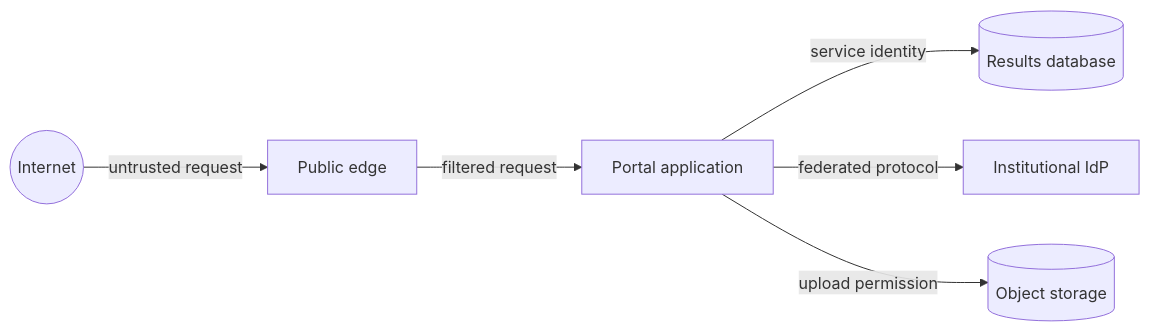
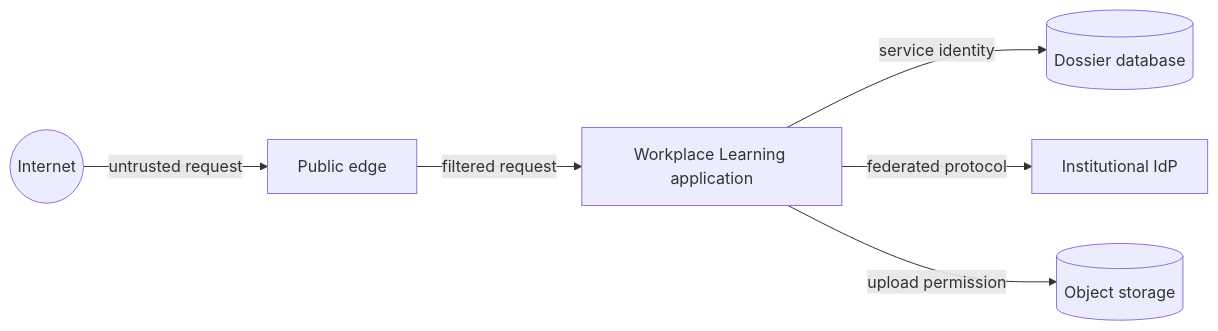
Before and after one commit to dhoubrechts/architectures_intro: the diagram in course/05-identity-and-security.md, drawn with Mermaid. The commit also changed other lines of this file and 43 other files, not shown here.

````diff
--- a/course/05-identity-and-security.md
+++ b/course/05-identity-and-security.md
@@ -59,8 +60,8 @@
 ```mermaid
 flowchart LR
     Internet((Internet)) -->|untrusted request| Edge[Public edge]
-    Edge -->|filtered request| App[Portal application]
-    App -->|service identity| DB[(Results database)]
+    Edge -->|filtered request| App[Workplace Learning application]
+    App -->|service identity| DB[(Dossier database)]
     App -->|federated protocol| IdP[Institutional IdP]
     App -->|upload permission| Store[(Object storage)]
 ```
````
